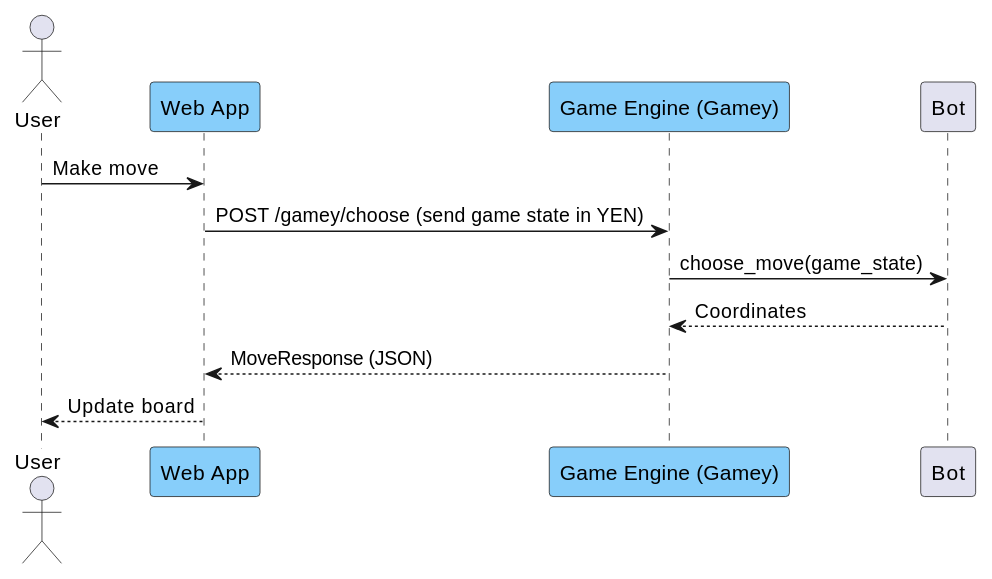
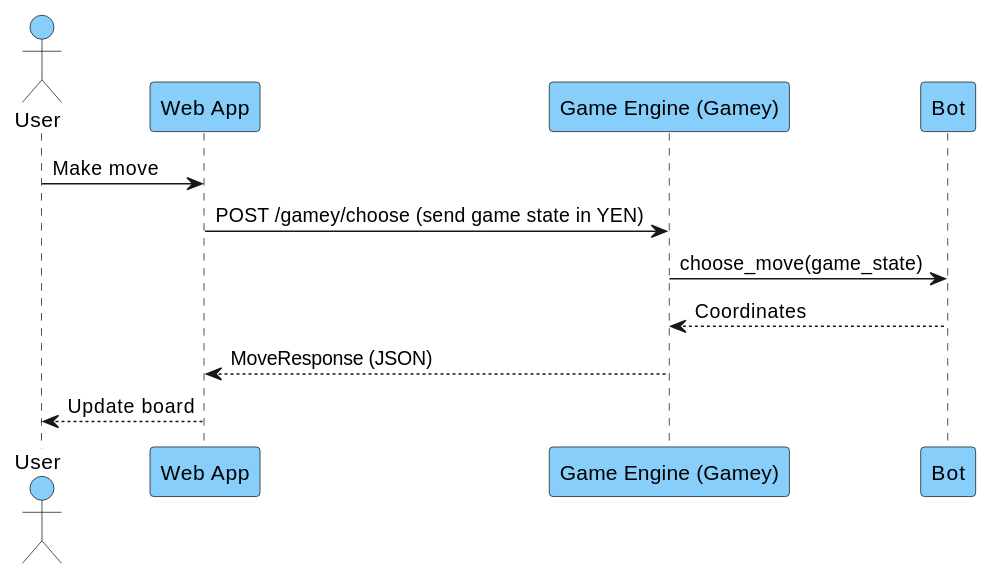
One commit to Arquisoft/yovi_es3b changed the second of 2 diagrams in docs/src/06_runtime_view.adoc. Above: the diagram before and after it, drawn with PlantUML. The commit also changed other lines of this file and 1 other file, not shown here.

Commit message:
Fixed some titles not rendering well and the color of the part 6 diagrams.

```diff
--- a/docs/src/06_runtime_view.adoc
+++ b/docs/src/06_runtime_view.adoc
@@ -74,15 +74,14 @@
 [plantuml,"Player move sequence (Web App → Gamey)",png]
 ----
-actor User
+actor User #87CEFA
 participant "Web App" as Web #87CEFA
 participant "Game Engine (Gamey)" as Gamey #87CEFA
-participant "Bot"
+participant "Bot" #87CEFA
 
 User -> Web: Make move
 Web -> Gamey: POST /gamey/choose (send game state in YEN)
 Gamey -> Bot: choose_move(game_state)
 Bot --> Gamey: Coordinates
 Gamey --> Web: MoveResponse (JSON)
 Web --> User: Update board
-
 ----
```
